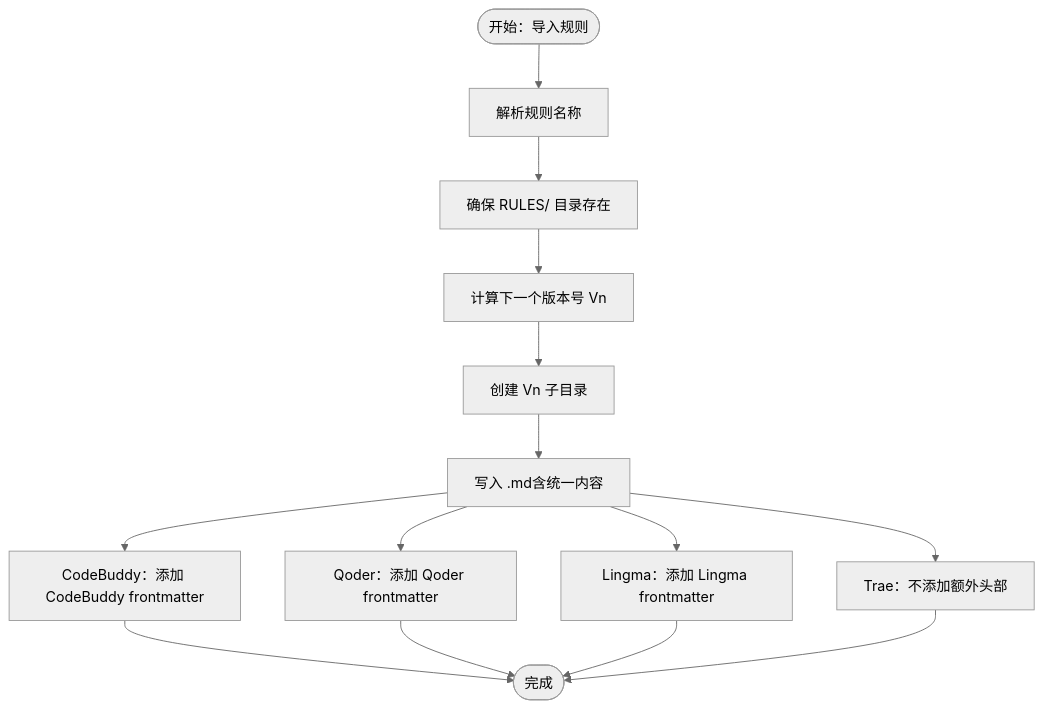
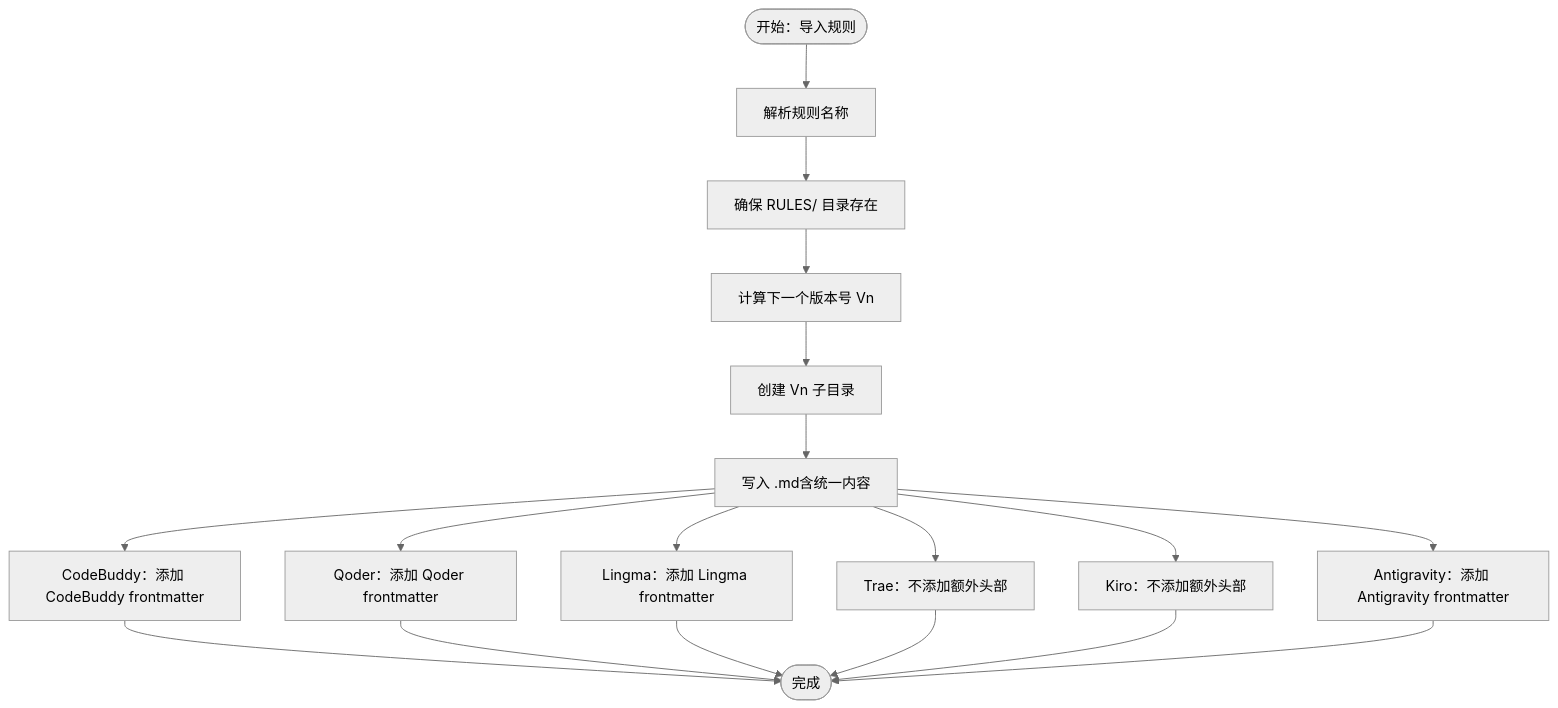
The third of 6 diagrams in .qoder/repowiki/zh/content/核心概念/AI IDE配置类型.md (MapleWan/MSR), drawn with Mermaid (neutral theme) before and after one commit. The commit also changed other lines of this file and 3 other files, not shown here.

````diff
--- a/.qoder/repowiki/zh/content/核心概念/AI IDE配置类型.md
+++ b/.qoder/repowiki/zh/content/核心概念/AI IDE配置类型.md
@@ -138,16 +166,20 @@
 ```mermaid
 flowchart TD
 Start(["开始：导入规则"]) --> ParseName["解析规则名称"]
 ParseName --> EnsureDir["确保 RULES/<name> 目录存在"]
 EnsureDir --> NextVer["计算下一个版本号 Vn"]
 NextVer --> VerDir["创建 Vn 子目录"]
 VerDir --> WriteFile["写入 <name>.md含统一内容"]
 WriteFile --> FormatCB["CodeBuddy：添加 CodeBuddy frontmatter"]
 WriteFile --> FormatQD["Qoder：添加 Qoder frontmatter"]
 WriteFile --> FormatLM["Lingma：添加 Lingma frontmatter"]
 WriteFile --> FormatTR["Trae：不添加额外头部"]
+WriteFile --> FormatKI["Kiro：不添加额外头部"]
+WriteFile --> FormatAG["Antigravity：添加 Antigravity frontmatter"]
 FormatCB --> End(["完成"])
 FormatQD --> End
 FormatLM --> End
 FormatTR --> End
+FormatKI --> End
+FormatAG --> End
 ```
````
